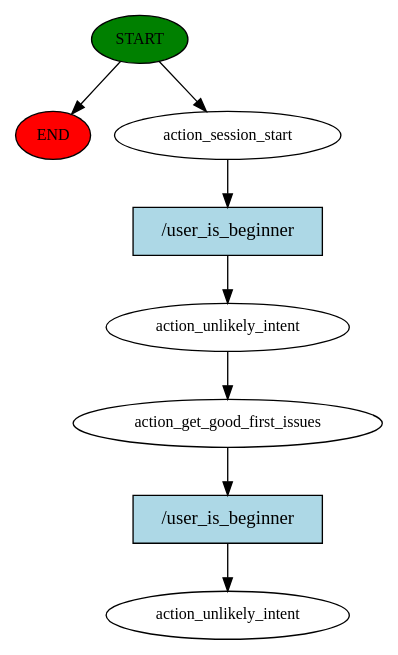
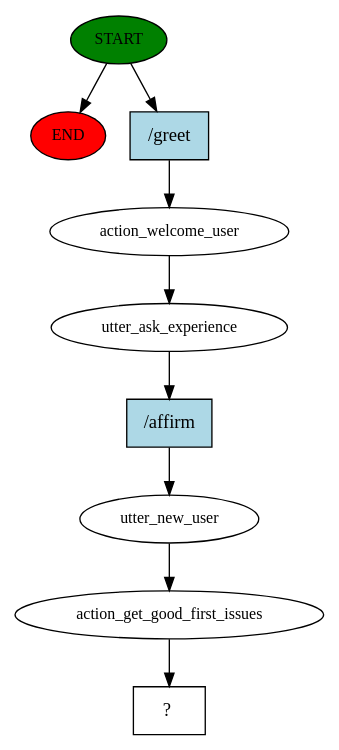
The diagram in story_graph.dot (luizphilipe2/gitbot), drawn with Graphviz before and after one commit. The commit also changed 7 other files, not shown here.

```diff
--- a/story_graph.dot
+++ b/story_graph.dot
@@ -1,17 +1,19 @@
 digraph  {
 0 [class="start active", fillcolor=green, fontsize=12, label=START, style=filled];
 "-1" [class=end, fillcolor=red, fontsize=12, label=END, style=filled];
-1 [class=active, fontsize=12, label=action_session_start];
-2 [class=active, fontsize=12, label=action_unlikely_intent];
-3 [class=active, fontsize=12, label=action_get_good_first_issues];
-4 [class="dashed active", fontsize=12, label=action_unlikely_intent];
-5 [class="intent active", fillcolor=lightblue, label="/user_is_beginner", shape=rect, style=filled];
-6 [class="intent active", fillcolor=lightblue, label="/user_is_beginner", shape=rect, style=filled];
+1 [class=active, fontsize=12, label=action_welcome_user];
+2 [class=active, fontsize=12, label=utter_ask_experience];
+3 [class=active, fontsize=12, label=utter_new_user];
+4 [class=active, fontsize=12, label=action_get_good_first_issues];
+5 [class="intent dashed active", label="  ?  ", shape=rect];
+6 [class="intent active", fillcolor=lightblue, label="/greet", shape=rect, style=filled];
+7 [class="intent active", fillcolor=lightblue, label="/affirm", shape=rect, style=filled];
 0 -> "-1"  [class="", key=NONE, label=""];
-0 -> 1  [class=active, key=NONE, label=""];
-1 -> 5  [class=active, key=0];
-2 -> 3  [class=active, key=NONE, label=""];
-3 -> 6  [class=active, key=0];
-5 -> 2  [class=active, key=0];
-6 -> 4  [class=active, key=0];
+0 -> 6  [class=active, key=0];
+1 -> 2  [class=active, key=NONE, label=""];
+2 -> 7  [class=active, key=0];
+3 -> 4  [class=active, key=NONE, label=""];
+4 -> 5  [class=active, key=NONE, label=""];
+6 -> 1  [class=active, key=0];
+7 -> 3  [class=active, key=0];
 }
```
